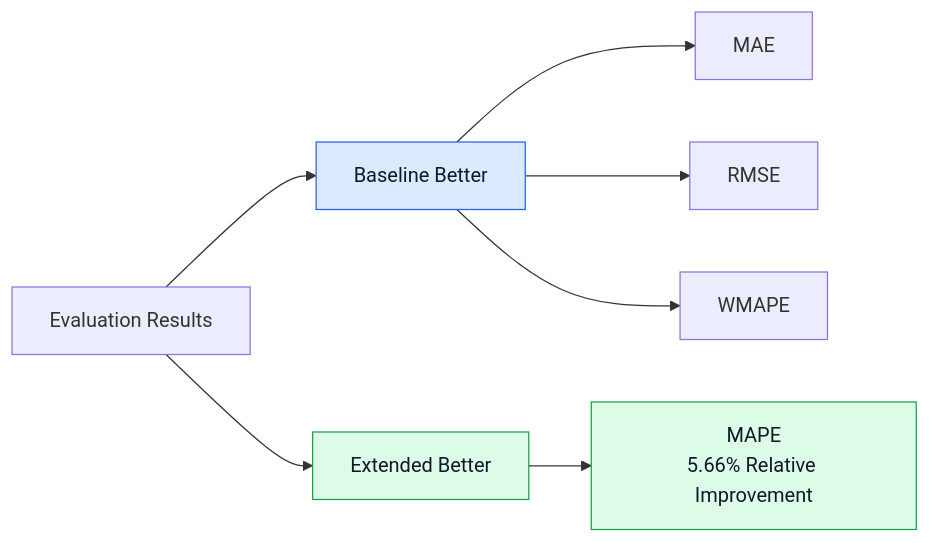
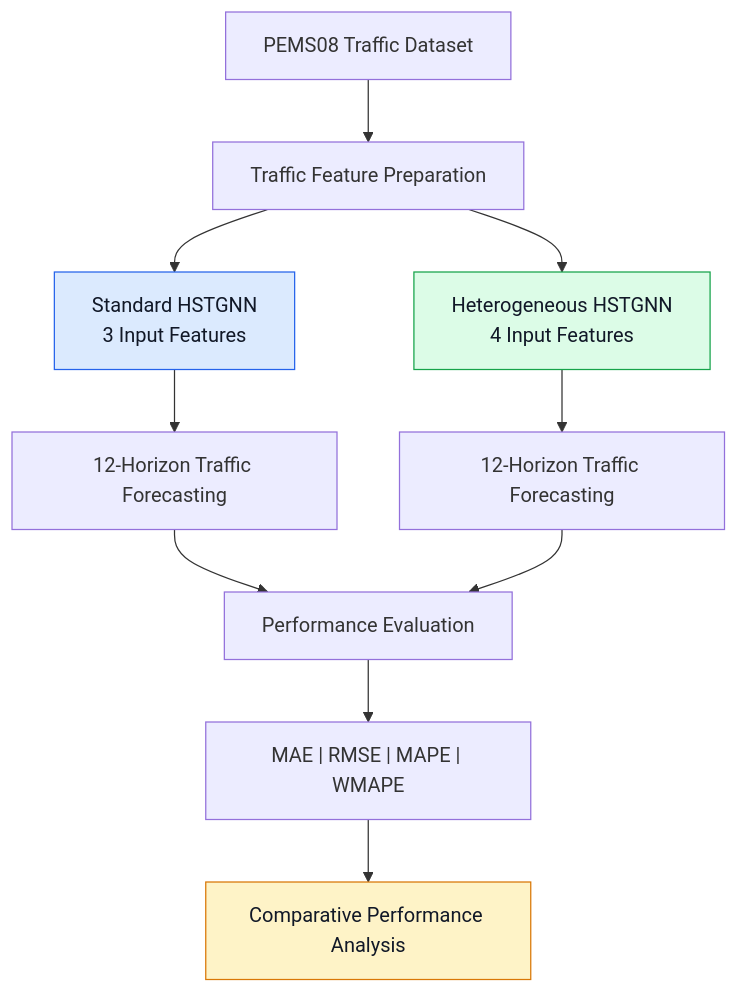
The second of 2 diagrams in README.md (janani2075-ui/Heterogeneous-Traffic-Forecasting-Two-Wheeler-Prediction-HSTGNN), drawn with Mermaid before and after one commit. The commit also changed other lines of this file, not shown here.

````diff
--- a/README.md
+++ b/README.md
@@ -169,15 +186,20 @@
 ```mermaid
-flowchart LR
-    A["Evaluation Results"] --> B["Baseline Better"]
-    A --> C["Extended Better"]
+flowchart TD
+    A["PEMS08 Traffic Dataset"] --> B["Traffic Feature Preparation"]
 
-    B --> D["MAE"]
-    B --> E["RMSE"]
-    B --> F["WMAPE"]
+    B --> C["Standard HSTGNN<br/>3 Input Features"]
+    B --> D["Heterogeneous HSTGNN<br/>4 Input Features"]
 
-    C --> G["MAPE<br/>5.66% Relative Improvement"]
+    C --> E["12-Horizon Traffic Forecasting"]
+    D --> F["12-Horizon Traffic Forecasting"]
 
-    style B fill:#dbeafe,stroke:#2563eb,color:#111827
-    style C fill:#dcfce7,stroke:#16a34a,color:#111827
-    style G fill:#dcfce7,stroke:#16a34a,color:#111827
+    E --> G["Performance Evaluation"]
+    F --> G
+
+    G --> H["MAE | RMSE | MAPE | WMAPE"]
+    H --> I["Comparative Performance Analysis"]
+
+    style C fill:#DBEAFE,stroke:#2563EB,color:#111827
+    style D fill:#DCFCE7,stroke:#16A34A,color:#111827
+    style I fill:#FEF3C7,stroke:#D97706,color:#111827
 ```
````
